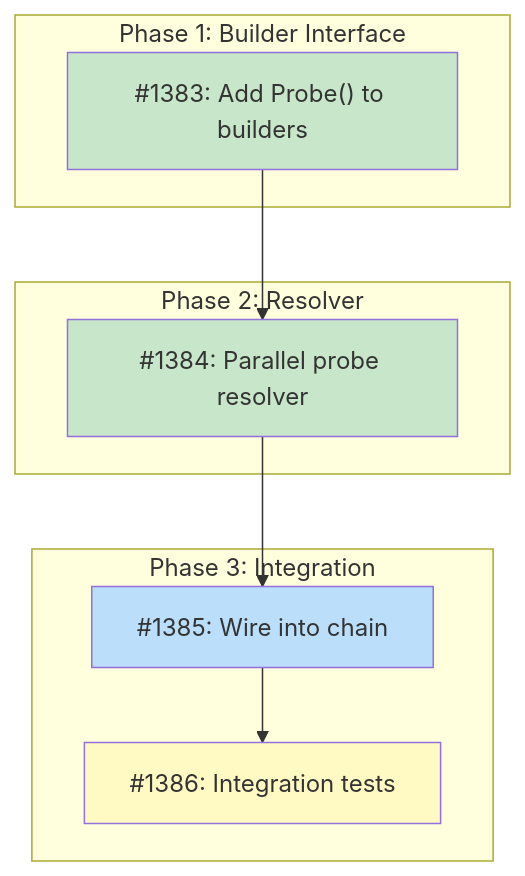
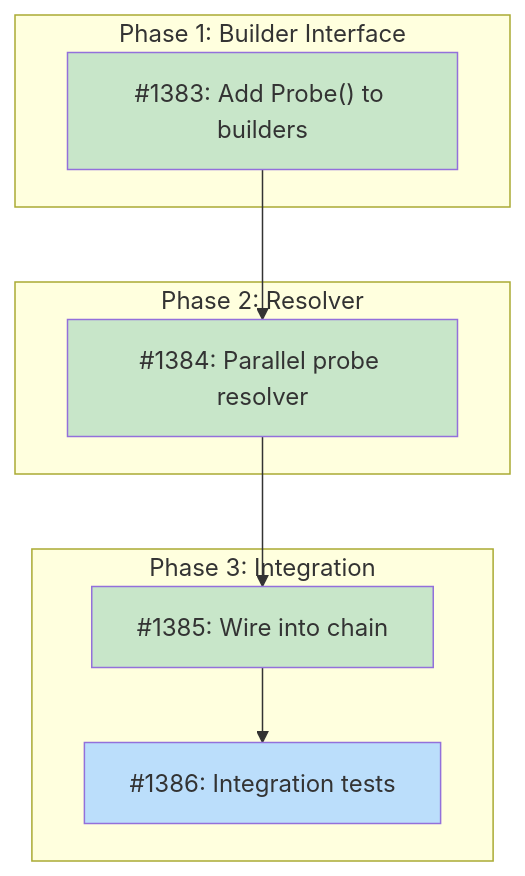
The diagram in docs/designs/DESIGN-ecosystem-probe.md (tsukumogami/tsuku), drawn with Mermaid before and after one commit. The commit also changed other lines of this file, not shown here.

Commit message:
docs(design): mark #1385 done in ecosystem probe design doc

````diff
--- a/docs/designs/DESIGN-ecosystem-probe.md
+++ b/docs/designs/DESIGN-ecosystem-probe.md
@@ -34,29 +34,29 @@
 ```mermaid
 graph TD
     subgraph Phase1["Phase 1: Builder Interface"]
         I1383["#1383: Add Probe() to builders"]
     end
 
     subgraph Phase2["Phase 2: Resolver"]
         I1384["#1384: Parallel probe resolver"]
     end
 
     subgraph Phase3["Phase 3: Integration"]
         I1385["#1385: Wire into chain"]
         I1386["#1386: Integration tests"]
     end
 
     I1383 --> I1384
     I1384 --> I1385
     I1385 --> I1386
 
     classDef done fill:#c8e6c9
     classDef ready fill:#bbdefb
     classDef blocked fill:#fff9c4
     classDef needsDesign fill:#e1bee7
 
     class I1383 done
     class I1384 done
-    class I1385 ready
-    class I1386 blocked
+    class I1385 done
+    class I1386 ready
 ```
````
